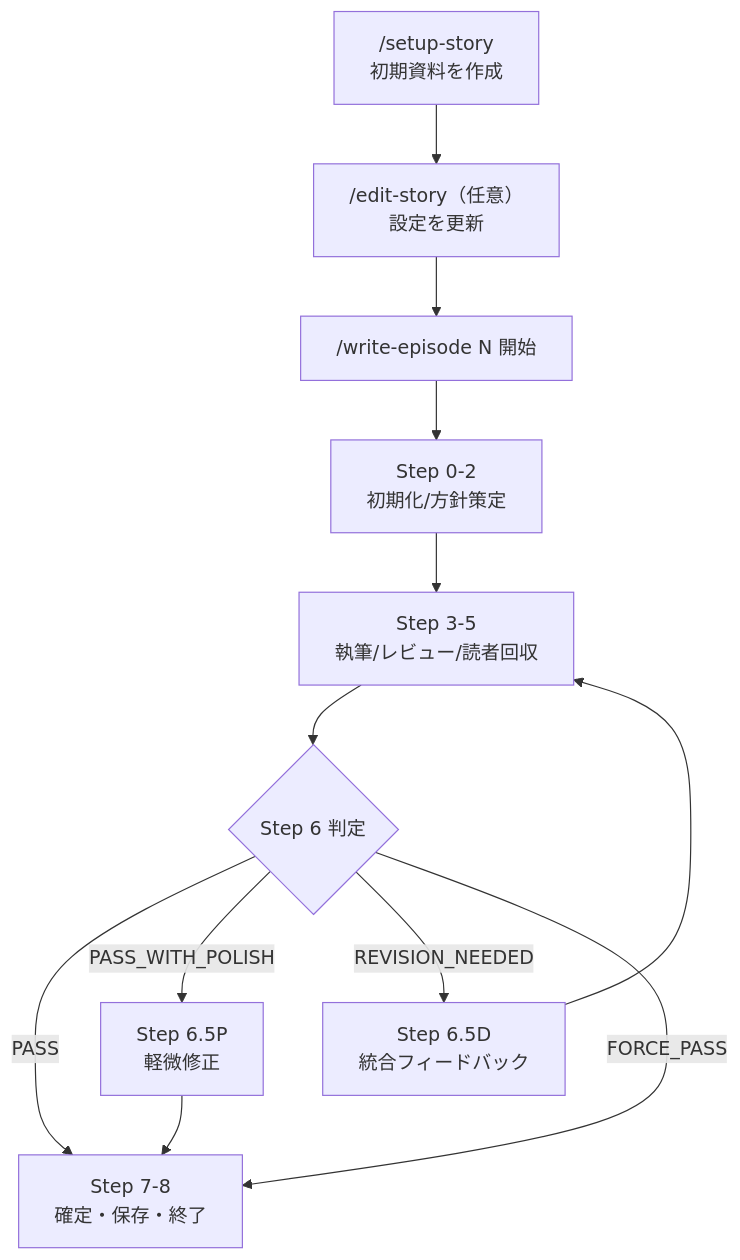
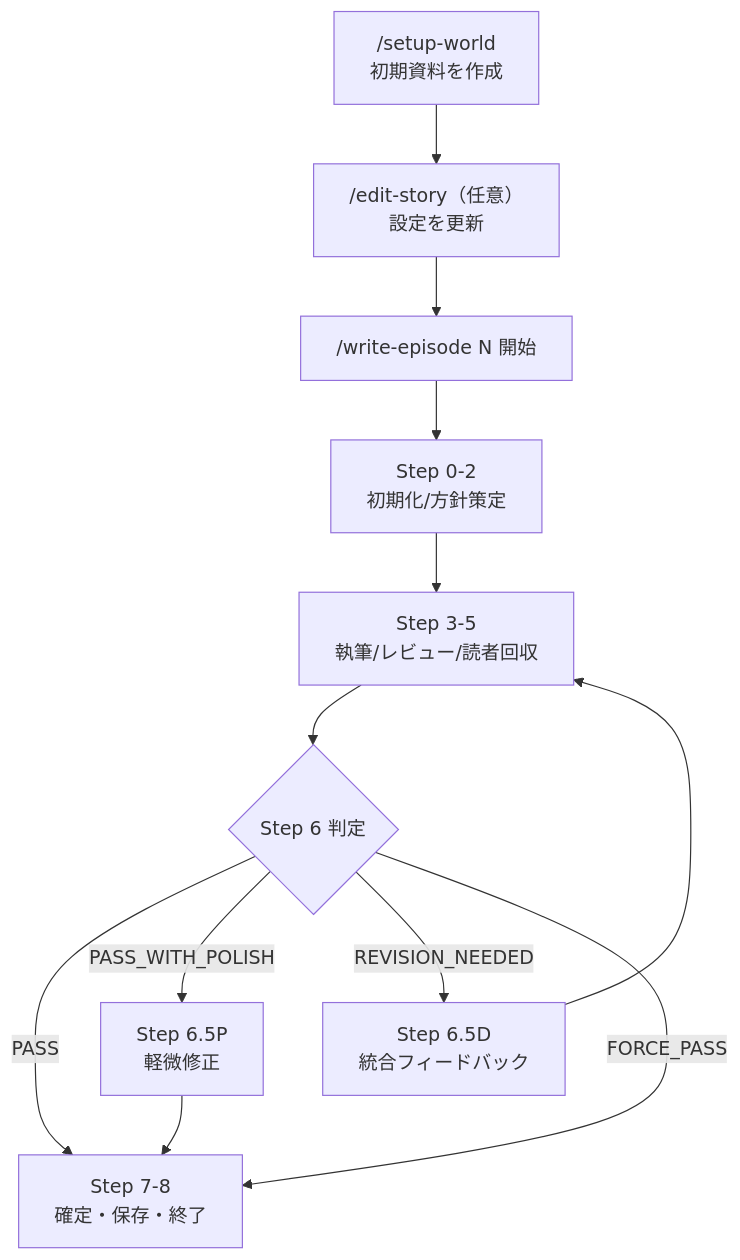
The diagram in SPEC.md (finelagusaz/Agentic_Writing), drawn with Mermaid before and after one commit. The commit also changed other lines of this file and 12 other files, not shown here.

First line of the commit message:
feat: /setup-arc スキル新設・/setup-world へリネーム

````diff
--- a/SPEC.md
+++ b/SPEC.md
@@ -184,14 +184,14 @@
 ```mermaid
 flowchart TD
-    A["/setup-story<br/>初期資料を作成"] --> B["/edit-story（任意）<br/>設定を更新"]
+    A["/setup-world<br/>初期資料を作成"] --> B["/edit-story（任意）<br/>設定を更新"]
     B --> C["/write-episode N 開始"]
     C --> D["Step 0-2<br/>初期化/方針策定"]
     D --> E["Step 3-5<br/>執筆/レビュー/読者回収"]
     E --> F{"Step 6 判定"}
     F -->|PASS| G["Step 7-8<br/>確定・保存・終了"]
     F -->|PASS_WITH_POLISH| P["Step 6.5P<br/>軽微修正"]
     P --> G
     F -->|REVISION_NEEDED| R["Step 6.5D<br/>統合フィードバック"]
     R --> E
     F -->|FORCE_PASS| G
 ```
````
